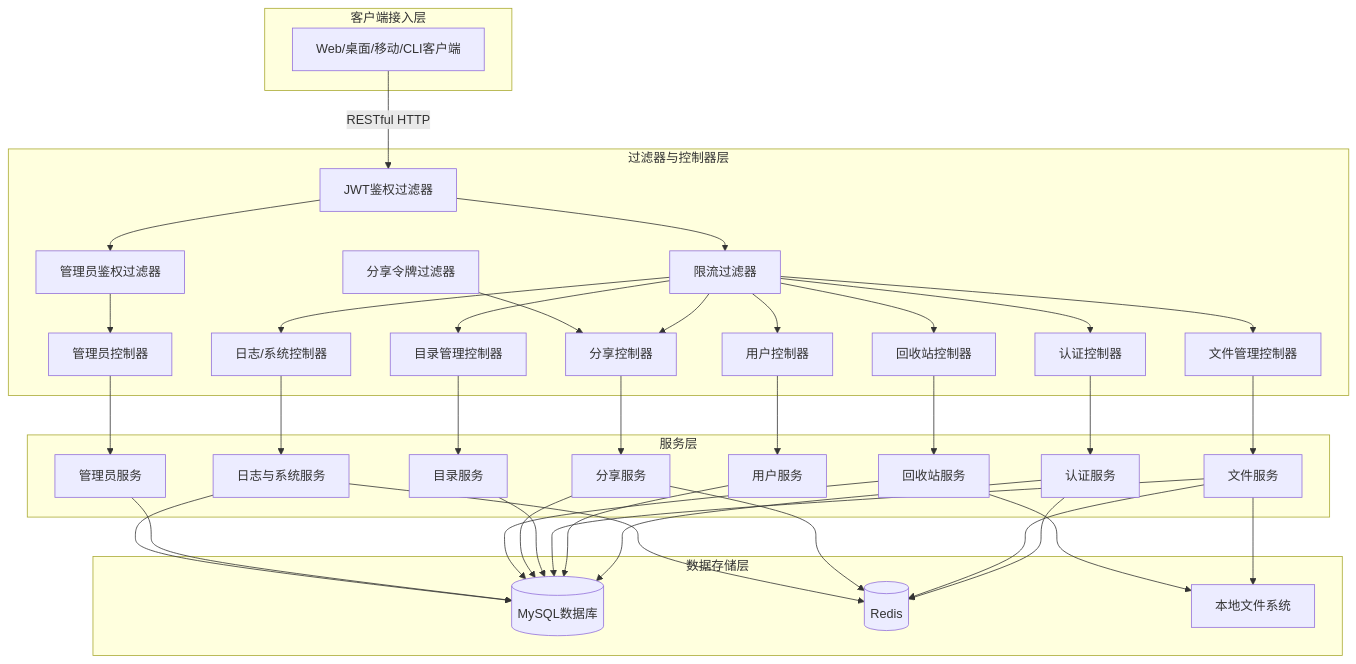
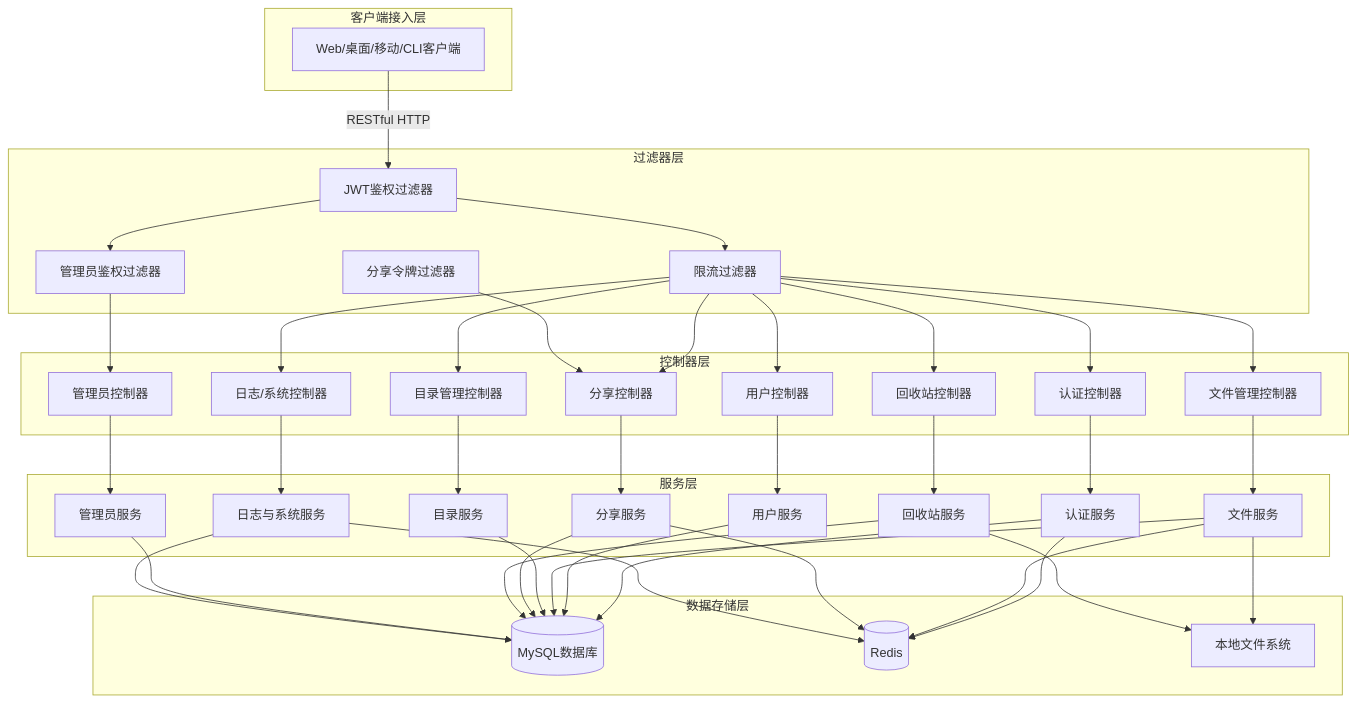
One commit to yizhinailong/disk changed the first of 7 diagrams in docs/lunwen/基于Drogon的网络磁盘系统的设计与实现_毕业论文.md. Above: the diagram before and after it, drawn with Mermaid. The commit also changed other lines of this file, not shown here.

Commit message:
docs(lunwen): separate filter and controller layers in architecture diagram

````diff
--- a/docs/lunwen/基于Drogon的网络磁盘系统的设计与实现_毕业论文.md
+++ b/docs/lunwen/基于Drogon的网络磁盘系统的设计与实现_毕业论文.md
@@ -196,73 +196,76 @@
 ```mermaid
 graph TD
     subgraph 客户端接入层
         Client[Web/桌面/移动/CLI客户端]
     end
 
-    subgraph 过滤器与控制器层
+    subgraph 过滤器层
         JWTFilter[JWT鉴权过滤器]
         AdminFilter[管理员鉴权过滤器]
         ShareFilter[分享令牌过滤器]
         RateFilter[限流过滤器]
+    end
+
+    subgraph 控制器层
         AuthCtrl[认证控制器]
         UserCtrl[用户控制器]
         FileCtrl[文件管理控制器]
         DirCtrl[目录管理控制器]
         ShareCtrl[分享控制器]
         TrashCtrl[回收站控制器]
         AdminCtrl[管理员控制器]
         LogCtrl[日志/系统控制器]
     end
 
     subgraph 服务层
         AuthSvc[认证服务]
         UserSvc[用户服务]
         FileSvc[文件服务]
         FolderSvc[目录服务]
         ShareSvc[分享服务]
         TrashSvc[回收站服务]
         AdminSvc[管理员服务]
         LogSvc[日志与系统服务]
     end
 
     subgraph 数据存储层
         MySQL[(MySQL数据库)]
         Redis[(Redis)]
         LocalFS[本地文件系统]
     end
 
     Client -->|RESTful HTTP| JWTFilter
     JWTFilter --> RateFilter
     RateFilter --> AuthCtrl
     RateFilter --> UserCtrl
     RateFilter --> FileCtrl
     RateFilter --> DirCtrl
     RateFilter --> ShareCtrl
     RateFilter --> TrashCtrl
     RateFilter --> LogCtrl
     JWTFilter --> AdminFilter
     AdminFilter --> AdminCtrl
     ShareFilter --> ShareCtrl
     AuthCtrl --> AuthSvc
     UserCtrl --> UserSvc
     FileCtrl --> FileSvc
     DirCtrl --> FolderSvc
     ShareCtrl --> ShareSvc
     TrashCtrl --> TrashSvc
     AdminCtrl --> AdminSvc
     LogCtrl --> LogSvc
     AuthSvc --> MySQL
     AuthSvc --> Redis
     UserSvc --> MySQL
     FileSvc --> MySQL
     FileSvc --> Redis
     FileSvc --> LocalFS
     FolderSvc --> MySQL
     ShareSvc --> MySQL
     ShareSvc --> Redis
     TrashSvc --> MySQL
     TrashSvc --> LocalFS
     AdminSvc --> MySQL
     LogSvc --> MySQL
     LogSvc --> Redis
 ```
````
